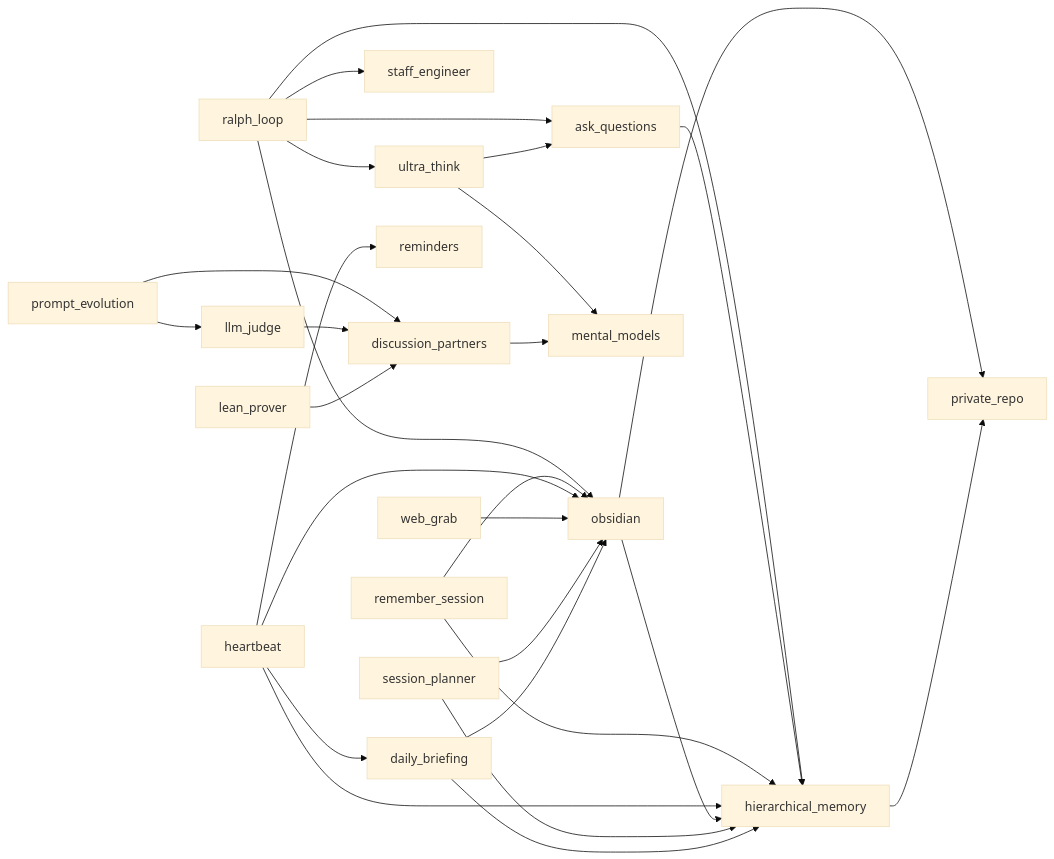
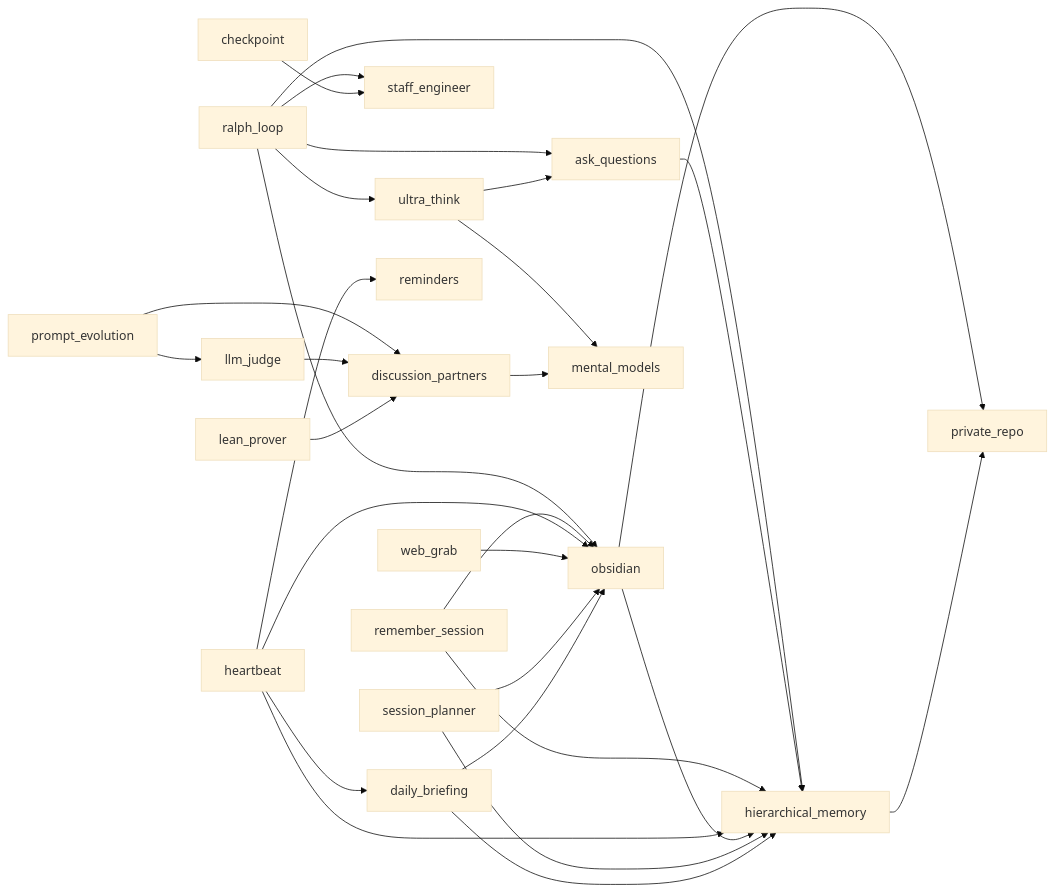
One commit to zachmayer/skills changed the diagram in README.md. Above: the diagram before and after it, drawn with Mermaid (base theme). The commit also changed other lines of this file and 1 other file, not shown here.

Commit message:
Add checkpoint system skill for mandatory self-review
Adds a prompt-only skill that enforces mandatory self-review at fixed
intervals and caps attempts on any single approach. Prevents tunnel
vision (grinding on a broken approach) and context exhaustion (filling
context with failed attempts). Includes patterns for debugging, feature
implementation, research, and test fixing.

````diff
--- a/README.md
+++ b/README.md
@@ -95,30 +96,31 @@
 ```mermaid
 graph LR
     ralph_loop --> ultra_think
     ralph_loop --> staff_engineer
     ralph_loop --> ask_questions
     ralph_loop --> hierarchical_memory
     ralph_loop --> obsidian
     ultra_think --> mental_models
     ultra_think --> ask_questions
     ask_questions --> hierarchical_memory
     prompt_evolution --> discussion_partners
     prompt_evolution --> llm_judge
     llm_judge --> discussion_partners
     discussion_partners --> mental_models
     remember_session --> hierarchical_memory
     remember_session --> obsidian
     heartbeat --> hierarchical_memory
     heartbeat --> obsidian
     heartbeat --> reminders
     heartbeat --> daily_briefing
     obsidian --> hierarchical_memory
     obsidian --> private_repo
     hierarchical_memory --> private_repo
     web_grab --> obsidian
     lean_prover --> discussion_partners
+    checkpoint --> staff_engineer
     session_planner --> hierarchical_memory
     session_planner --> obsidian
     daily_briefing --> hierarchical_memory
     daily_briefing --> obsidian
 ```
````
